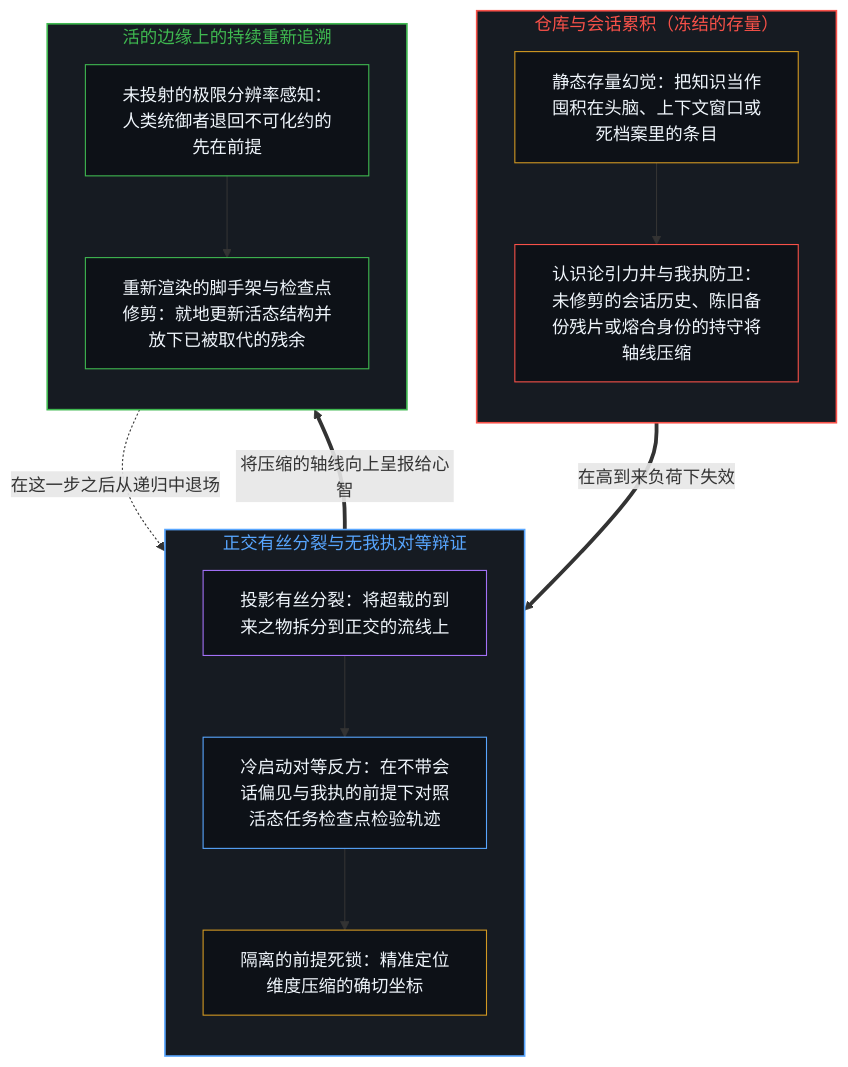
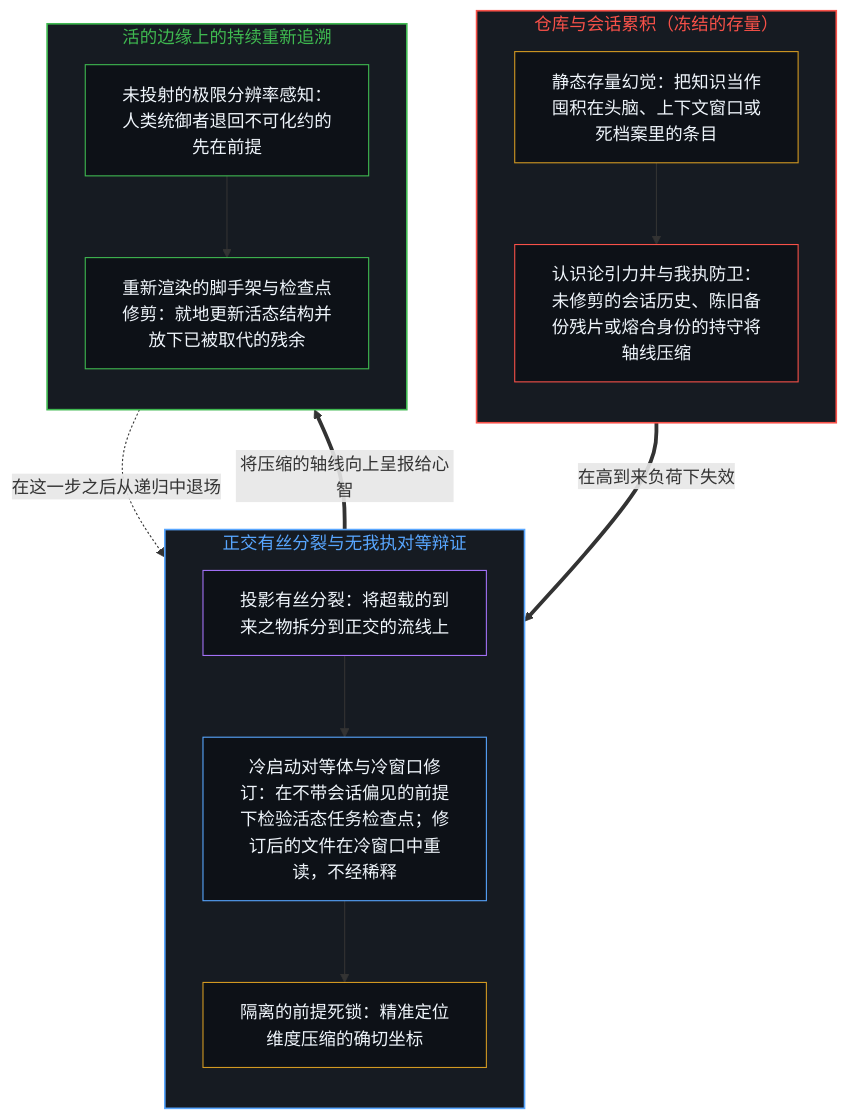
One commit to powerpig99/not-a-toe changed the first of 2 diagrams in content/posts/the-real-scarcity-is-not-memory-but-continuous-re-tracing.md. Above: the diagram before and after it, drawn with Mermaid. The commit also changed other lines of this file and 48 other files, not shown here.

````diff
--- a/content/posts/the-real-scarcity-is-not-memory-but-continuous-re-tracing.md
+++ b/content/posts/the-real-scarcity-is-not-memory-but-continuous-re-tracing.md
@@ -69,35 +69,35 @@
 ```mermaid
 flowchart TD
     subgraph S_Store["仓库与会话累积（冻结的存量）"]
         direction TB
         Stock["静态存量幻觉：把知识当作囤积在头脑、上下文窗口或死档案里的条目"]
         Well["认识论引力井与我执防卫：未修剪的会话历史、陈旧备份残片或熔合身份的持守将轴线压缩"]
         Stock --> Well
     end
     subgraph S_Dialectics["正交有丝分裂与无我执对等辩证"]
         direction TB
         Mitosis["投影有丝分裂：将超载的到来之物拆分到正交的流线上"]
-        Peer["冷启动对等反方：在不带会话偏见与我执的前提下对照活态任务检查点检验轨迹"]
+        Peer["冷启动对等体与冷窗口修订：在不带会话偏见的前提下检验活态任务检查点；修订后的文件在冷窗口中重读，不经稀释"]
         Deadlock["隔离的前提死锁：精准定位维度压缩的确切坐标"]
         Mitosis --> Peer --> Deadlock
     end
     subgraph S_Retrace["活的边缘上的持续重新追溯"]
         direction TB
         StepBack["未投射的极限分辨率感知：人类统御者退回不可化约的先在前提"]
         Redraw["重新渲染的脚手架与检查点修剪：就地更新活态结构并放下已被取代的残余"]
         StepBack --> Redraw
     end
     Well ==>|"在高到来负荷下失效"| Mitosis
     Deadlock ==>|"将压缩的轴线向上呈报给心智"| StepBack
     Redraw -.->|"在这一步之后从递归中退场"| Mitosis
     style S_Store fill:#161b22,stroke:#f85149,stroke-width:1.5px,color:#f85149
     style S_Dialectics fill:#161b22,stroke:#58a6ff,stroke-width:1.5px,color:#58a6ff
     style S_Retrace fill:#161b22,stroke:#3fb950,stroke-width:1.5px,color:#3fb950
     style Stock fill:#0d1117,stroke:#d29922,stroke-width:1px,color:#f0f6fc
     style Well fill:#0d1117,stroke:#f85149,stroke-width:1px,color:#f0f6fc
     style Mitosis fill:#0d1117,stroke:#a371f7,stroke-width:1px,color:#f0f6fc
     style Peer fill:#0d1117,stroke:#58a6ff,stroke-width:1px,color:#f0f6fc
     style Deadlock fill:#0d1117,stroke:#d29922,stroke-width:1px,color:#f0f6fc
     style StepBack fill:#0d1117,stroke:#3fb950,stroke-width:1px,color:#f0f6fc
     style Redraw fill:#0d1117,stroke:#3fb950,stroke-width:1px,color:#f0f6fc
 ```
````
